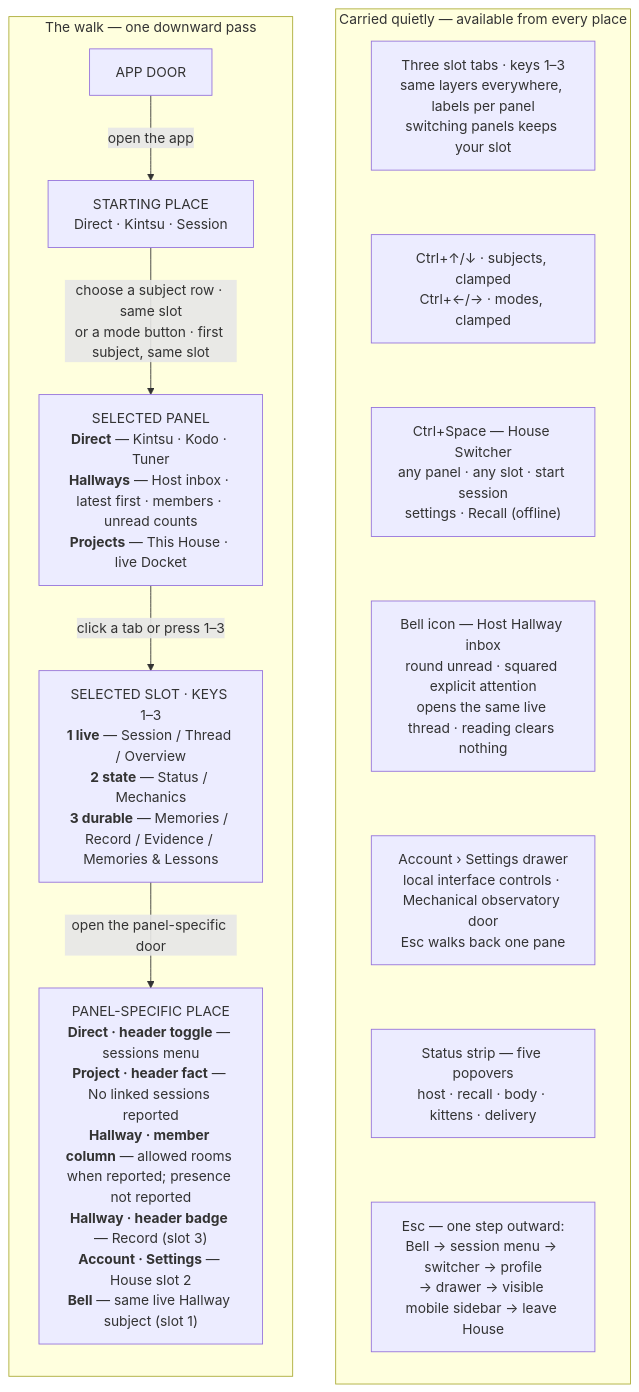
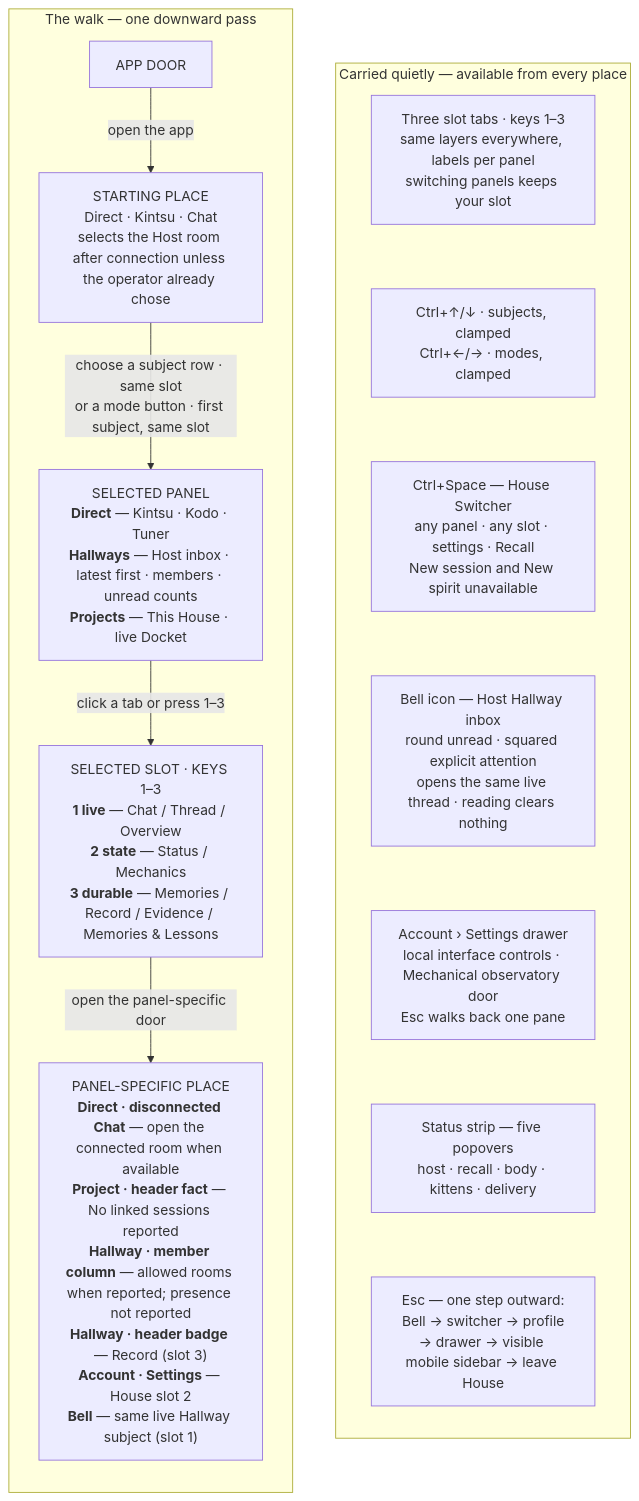
One commit to solarisael/the-athanor changed the first of 2 diagrams in gui-prototype/NAVIGATION_MAP.md. Above: the diagram before and after it, drawn with Mermaid. The commit also changed other lines of this file and 30 other files, not shown here.

````diff
--- a/gui-prototype/NAVIGATION_MAP.md
+++ b/gui-prototype/NAVIGATION_MAP.md
@@ -9,32 +9,32 @@
 ```mermaid
 flowchart LR
 
 subgraph WALK["The walk — one downward pass"]
   direction TB
   door["APP DOOR"]
-  start["STARTING PLACE<br>Direct · Kintsu · Session"]
+  start["STARTING PLACE<br>Direct · Kintsu · Chat<br>selects the Host room after connection unless the operator already chose"]
   panel["SELECTED PANEL<br><b>Direct</b> — Kintsu · Kodo · Tuner<br><b>Hallways</b> — Host inbox · latest first · members · unread counts<br><b>Projects</b> — This House · live Docket"]
-  view["SELECTED SLOT · KEYS 1–3<br><b>1 live</b> — Session / Thread / Overview<br><b>2 state</b> — Status / Mechanics<br><b>3 durable</b> — Memories / Record / Evidence / Memories & Lessons"]
-  deeper["PANEL-SPECIFIC PLACE<br><b>Direct · header toggle</b> — sessions menu<br><b>Project · header fact</b> — No linked sessions reported<br><b>Hallway · member column</b> — allowed rooms when reported; presence not reported<br><b>Hallway · header badge</b> — Record (slot 3)<br><b>Account · Settings</b> — House slot 2<br><b>Bell</b> — same live Hallway subject (slot 1)"]
+  view["SELECTED SLOT · KEYS 1–3<br><b>1 live</b> — Chat / Thread / Overview<br><b>2 state</b> — Status / Mechanics<br><b>3 durable</b> — Memories / Record / Evidence / Memories & Lessons"]
+  deeper["PANEL-SPECIFIC PLACE<br><b>Direct · disconnected Chat</b> — open the connected room when available<br><b>Project · header fact</b> — No linked sessions reported<br><b>Hallway · member column</b> — allowed rooms when reported; presence not reported<br><b>Hallway · header badge</b> — Record (slot 3)<br><b>Account · Settings</b> — House slot 2<br><b>Bell</b> — same live Hallway subject (slot 1)"]
 
   door -->|"open the app"| start
   start -->|"choose a subject row · same slot<br>or a mode button · first subject, same slot"| panel
   panel -->|"click a tab or press 1–3"| view
   view -->|"open the panel-specific door"| deeper
 end
 
 subgraph CARRY["Carried quietly — available from every place"]
   direction TB
   keys["Three slot tabs · keys 1–3<br>same layers everywhere, labels per panel<br>switching panels keeps your slot"]
   chords["Ctrl+↑/↓ · subjects, clamped<br>Ctrl+←/→ · modes, clamped"]
-  switcher["Ctrl+Space — House Switcher<br>any panel · any slot · start session<br>settings · Recall (offline)"]
+  switcher["Ctrl+Space — House Switcher<br>any panel · any slot · settings · Recall<br>New session and New spirit unavailable"]
   bell["Bell icon — Host Hallway inbox<br>round unread · squared explicit attention<br>opens the same live thread · reading clears nothing"]
   drawer["Account › Settings drawer<br>local interface controls · Mechanical observatory door<br>Esc walks back one pane"]
   status["Status strip — five popovers<br>host · recall · body · kittens · delivery"]
-  esc["Esc — one step outward:<br>Bell → session menu → switcher → profile<br>→ drawer → visible mobile sidebar → leave House"]
+  esc["Esc — one step outward:<br>Bell → switcher → profile<br>→ drawer → visible mobile sidebar → leave House"]
 
   keys ~~~ chords ~~~ switcher ~~~ bell ~~~ drawer ~~~ status ~~~ esc
 end
 
 WALK ~~~ CARRY
 ```
````
